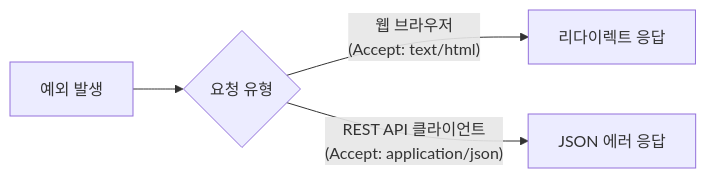
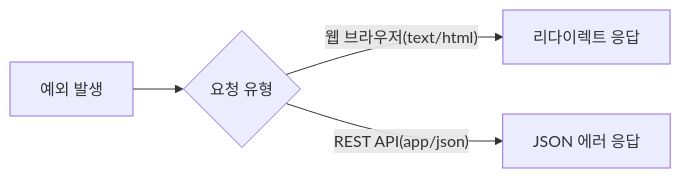
The third of 3 diagrams in _posts/security/2021-05-16-예외 처리 및 요청 캐시 필터.md (yjkim2015/yjkim2015.github.io), drawn with Mermaid before and after one commit. The commit also changed 245 other files, not shown here.

First line of the commit message:
Mermaid 다이어그램 전면 수정 + 면접 포인트 접기/펼치기 + DB 데드락 페이지

````diff
--- a/_posts/security/2021-05-16-예외 처리 및 요청 캐시 필터.md
+++ b/_posts/security/2021-05-16-예외 처리 및 요청 캐시 필터.md
@@ -190,6 +190,6 @@
 ```mermaid
 flowchart LR
     A["예외 발생"] --> B{"요청 유형"}
-    B -- "웹 브라우저\n(Accept: text/html)" --> C["리다이렉트 응답"]
-    B -- "REST API 클라이언트\n(Accept: application/json)" --> D["JSON 에러 응답"]
+    B -- "웹 브라우저(text/html)" --> C["리다이렉트 응답"]
+    B -- "REST API(app/json)" --> D["JSON 에러 응답"]
 ```
````
